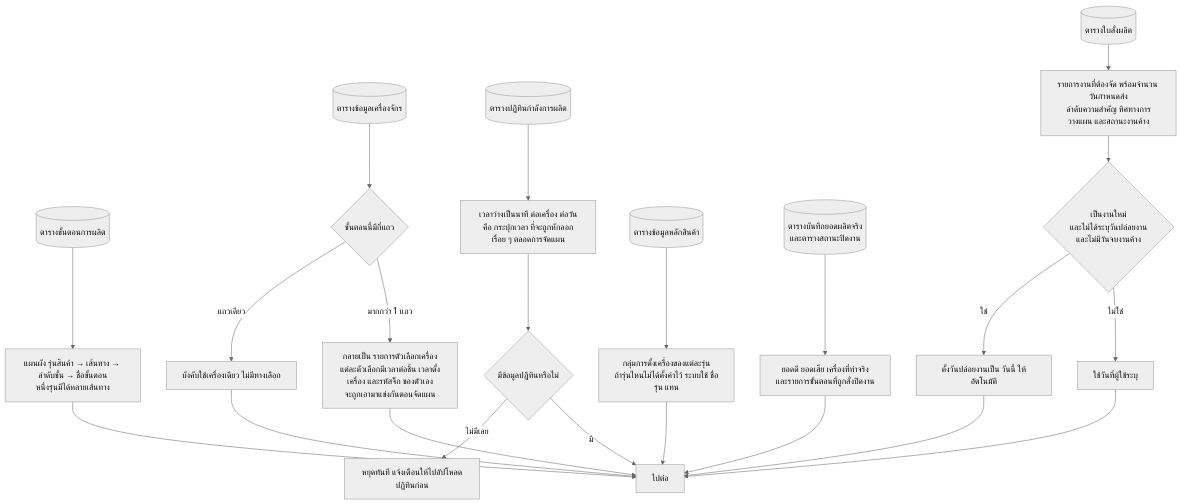
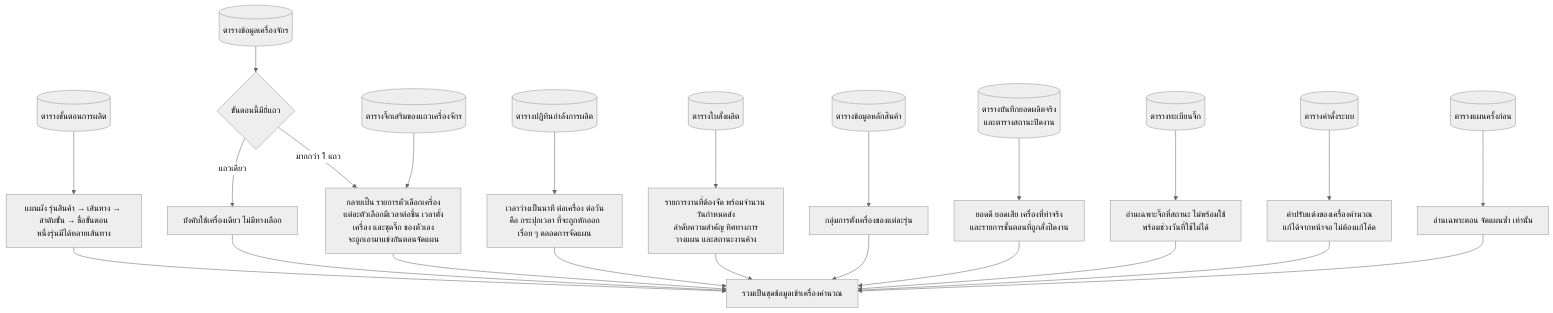
One commit to kornt-alt/mse-pc-auto-plan changed the second of 14 diagrams in backend/docs/SCHEDULER_FLOW.md. Above: the diagram before and after it, drawn with Mermaid (neutral theme). The commit also changed other lines of this file, not shown here.

````diff
--- a/backend/docs/SCHEDULER_FLOW.md
+++ b/backend/docs/SCHEDULER_FLOW.md
@@ -82,27 +113,26 @@
 ```mermaid
 flowchart TD
     R[("ตารางขั้นตอนการผลิต")] --> R2["แผนผัง รุ่นสินค้า → เส้นทาง → ลำดับขั้น → ชื่อขั้นตอน<br/>หนึ่งรุ่นมีได้หลายเส้นทาง"]
     M[("ตารางข้อมูลเครื่องจักร")] --> M2{"ขั้นตอนนี้มีกี่แถว"}
     M2 -->|"แถวเดียว"| M3["บังคับใช้เครื่องเดียว ไม่มีทางเลือก"]
-    M2 -->|"มากกว่า 1 แถว"| M4["กลายเป็น รายการตัวเลือกเครื่อง<br/>แต่ละตัวเลือกมีเวลาต่อชิ้น เวลาตั้งเครื่อง และรหัสจิ๊ก ของตัวเอง<br/>จะถูกเอามาแข่งกันตอนจัดแผน"]
+    M2 -->|"มากกว่า 1 แถว"| M4["กลายเป็น รายการตัวเลือกเครื่อง<br/>แต่ละตัวเลือกมีเวลาต่อชิ้น เวลาตั้งเครื่อง และชุดจิ๊ก ของตัวเอง<br/>จะถูกเอามาแข่งกันตอนจัดแผน"]
+    MJ[("ตารางจิ๊กเสริมของแถวเครื่องจักร")] --> M4
     C[("ตารางปฏิทินกำลังการผลิต")] --> C2["เวลาว่างเป็นนาที ต่อเครื่อง ต่อวัน<br/>คือ กระปุกเวลา ที่จะถูกหักออกเรื่อย ๆ ตลอดการจัดแผน"]
     O[("ตารางใบสั่งผลิต")] --> O2["รายการงานที่ต้องจัด พร้อมจำนวน วันกำหนดส่ง<br/>ลำดับความสำคัญ ทิศทางการวางแผน และสถานะงานค้าง"]
-    P[("ตารางข้อมูลหลักสินค้า")] --> P2["กลุ่มการตั้งเครื่องของแต่ละรุ่น<br/>ถ้ารุ่นไหนไม่ได้ตั้งค่าไว้ ระบบใช้ ชื่อรุ่น แทน"]
+    P[("ตารางข้อมูลหลักสินค้า")] --> P2["กลุ่มการตั้งเครื่องของแต่ละรุ่น"]
     A[("ตารางบันทึกยอดผลิตจริง<br/>และตารางสถานะปิดงาน")] --> A2["ยอดดี ยอดเสีย เครื่องที่ทำจริง<br/>และรายการขั้นตอนที่ถูกสั่งปิดงาน"]
+    J[("ตารางทะเบียนจิ๊ก")] --> J2["อ่านเฉพาะจิ๊กที่สถานะ ไม่พร้อมใช้<br/>พร้อมช่วงวันที่ใช้ไม่ได้"]
+    S[("ตารางค่าตั้งระบบ")] --> S2["ค่าปรับแต่งของเครื่องคำนวณ<br/>แก้ได้จากหน้าจอ ไม่ต้องแก้โค้ด"]
+    SP[("ตารางแผนครั้งก่อน")] --> SP2["อ่านเฉพาะตอน จัดแผนซ้ำ เท่านั้น"]
 
-    C2 --> CHK{"มีข้อมูลปฏิทินหรือไม่"}
-    CHK -->|"ไม่มีเลย"| STOP["หยุดทันที แจ้งเตือนให้ไปอัปโหลดปฏิทินก่อน"]
-    CHK -->|"มี"| NEXT["ไปต่อ"]
-
-    O2 --> D{"เป็นงานใหม่<br/>และไม่ได้ระบุวันปล่อยงาน<br/>และไม่มีวันจบงานค้าง"}
-    D -->|"ใช่"| D2["ตั้งวันปล่อยงานเป็น วันนี้ ให้อัตโนมัติ"]
-    D -->|"ไม่ใช่"| D3["ใช้วันที่ผู้ใช้ระบุ"]
-
-    R2 --> NEXT
+    R2 --> NEXT["รวมเป็นชุดข้อมูลเข้าเครื่องคำนวณ"]
     M3 --> NEXT
     M4 --> NEXT
+    C2 --> NEXT
+    O2 --> NEXT
     P2 --> NEXT
     A2 --> NEXT
-    D2 --> NEXT
-    D3 --> NEXT
+    J2 --> NEXT
+    S2 --> NEXT
+    SP2 --> NEXT
 ```
````
